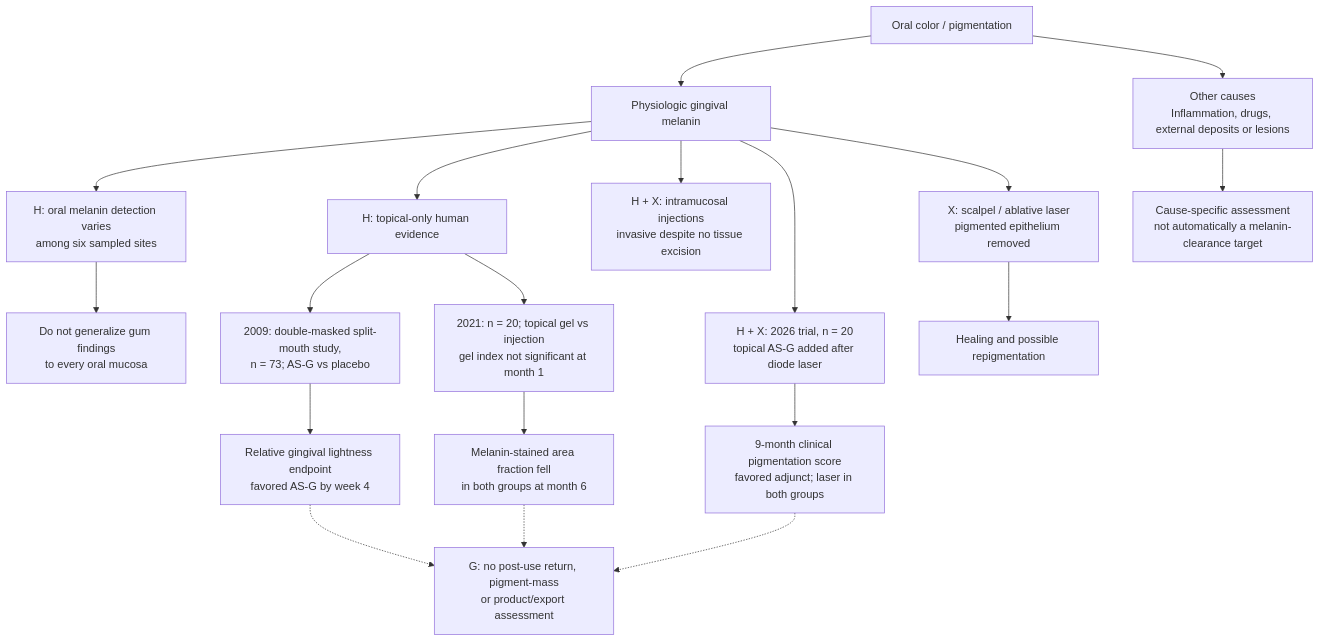
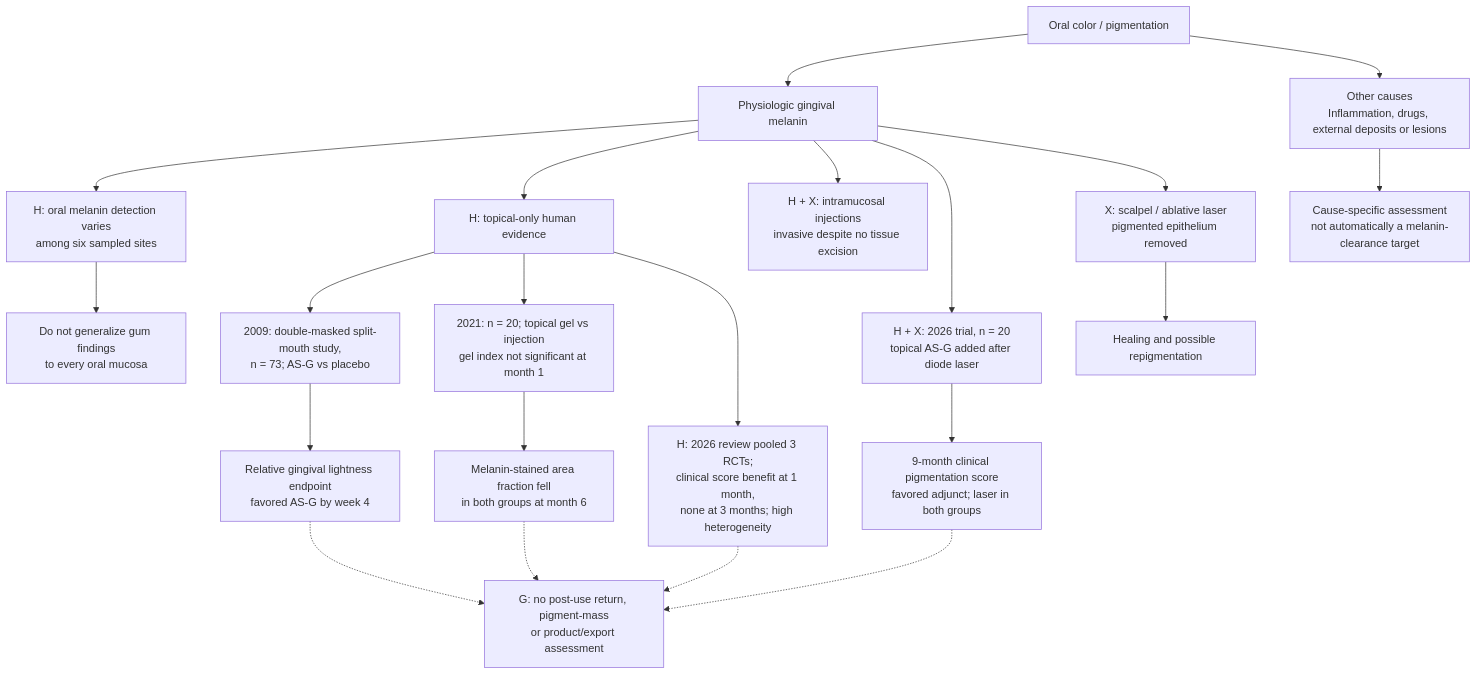
One commit to dylanstechmann/iris-color-without-contacts changed the tenth of 35 diagrams in research/tissue-pigment-atlas.md. Above: the diagram before and after it, drawn with Mermaid. The commit also changed other lines of this file, not shown here.

Commit message:
Add gingival vitamin C durability synthesis

````diff
--- a/research/tissue-pigment-atlas.md
+++ b/research/tissue-pigment-atlas.md
@@ -279,21 +279,23 @@
 ```mermaid
 flowchart TD
     A["Oral color / pigmentation"] --> B["Physiologic gingival melanin"]
     A --> C["Other causes<br/>Inflammation, drugs, external deposits or lesions"]
     B --> V["H: oral melanin detection varies<br/>among six sampled sites"]
     V --> X["Do not generalize gum findings<br/>to every oral mucosa"]
     B --> TP["H: topical-only human evidence"]
     TP --> T1["2009: double-masked split-mouth study,<br/>n = 73; AS-G vs placebo"]
     T1 --> T2["Relative gingival lightness endpoint<br/>favored AS-G by week 4"]
     TP --> T3["2021: n = 20; topical gel vs injection<br/>gel index not significant at month 1"]
     T3 --> T4["Melanin-stained area fraction fell<br/>in both groups at month 6"]
+    TP --> REV["H: 2026 review pooled 3 RCTs;<br/>clinical score benefit at 1 month,<br/>none at 3 months; high heterogeneity"]
+    REV -.-> G
     T2 -.-> G["G: no post-use return, pigment-mass<br/>or product/export assessment"]
     T4 -.-> G
     B --> I["H + X: intramucosal injections<br/>invasive despite no tissue excision"]
     B --> L["H + X: 2026 trial, n = 20<br/>topical AS-G added after diode laser"]
     L --> D9["9-month clinical pigmentation score<br/>favored adjunct; laser in both groups"]
     D9 -.-> G
     B --> S["X: scalpel / ablative laser<br/>pigmented epithelium removed"]
     S --> R["Healing and possible repigmentation"]
     C --> O["Cause-specific assessment<br/>not automatically a melanin-clearance target"]
 ```
````
